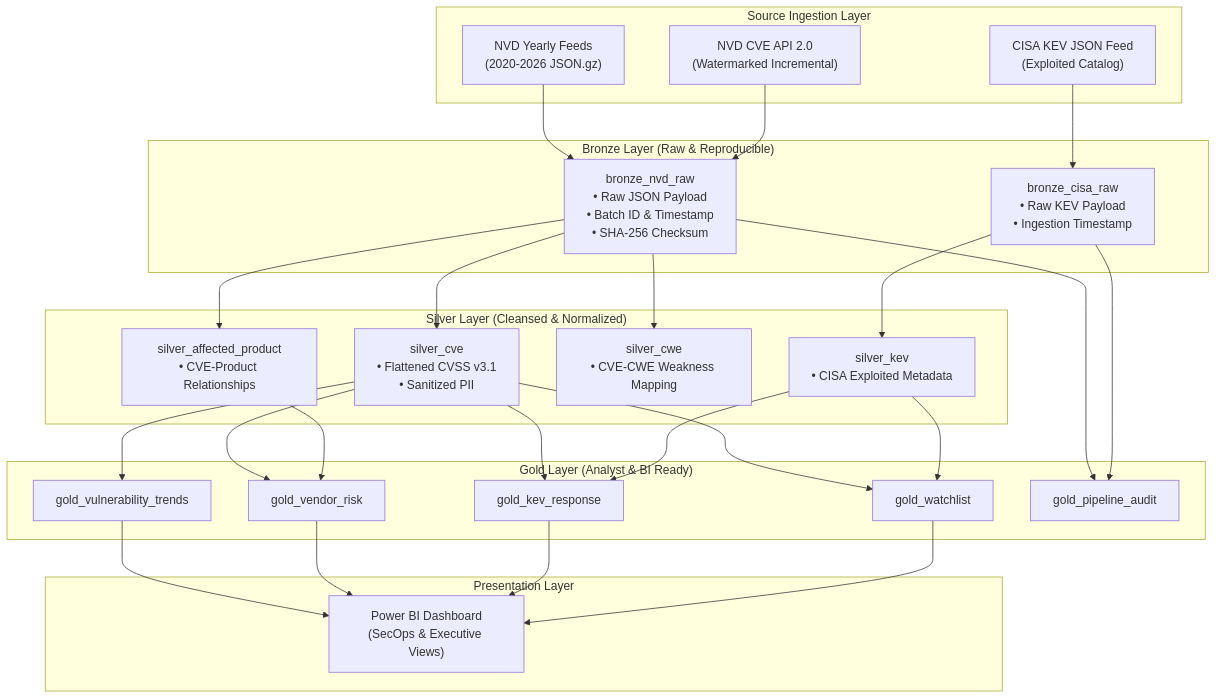
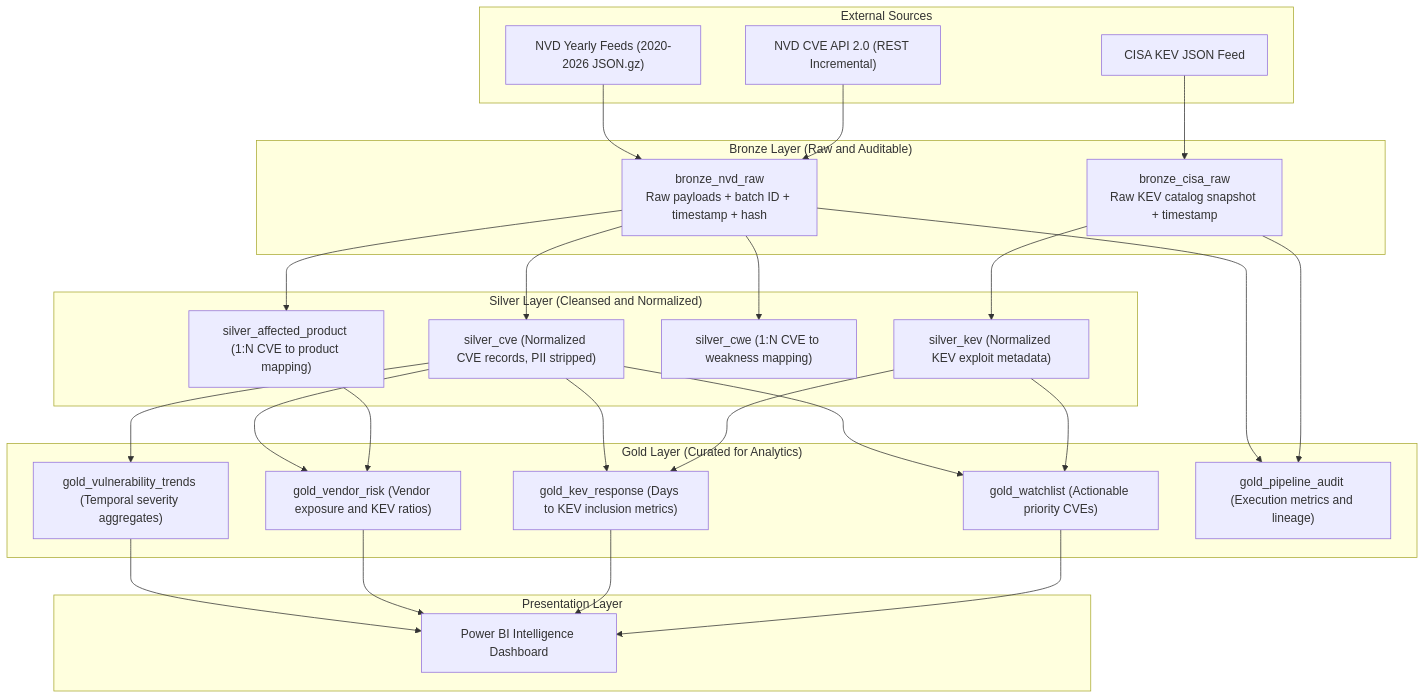
Before and after one commit to kashishfatima999/VulnPulse: the diagram in README.md, drawn with Mermaid. The commit also changed other lines of this file, not shown here.

````diff
--- a/README.md
+++ b/README.md
@@ -49,52 +45,52 @@
 ```mermaid
 flowchart TD
-    subgraph Ingestion ["Source Ingestion Layer"]
-        NVD_Full["NVD Yearly Feeds<br/>(2020-2026 JSON.gz)"]
-        NVD_Inc["NVD CVE API 2.0<br/>(Watermarked Incremental)"]
-        CISA_Feed["CISA KEV JSON Feed<br/>(Exploited Catalog)"]
+    subgraph Sources ["External Sources"]
+        NVD_Full["NVD Yearly Feeds (2020-2026 JSON.gz)"]
+        NVD_Inc["NVD CVE API 2.0 (REST Incremental)"]
+        CISA_Feed["CISA KEV JSON Feed"]
     end
 
-    subgraph Bronze ["Bronze Layer (Raw & Reproducible)"]
-        B_NVD["bronze_nvd_raw<br/>• Raw JSON Payload<br/>• Batch ID & Timestamp<br/>• SHA-256 Checksum"]
-        B_CISA["bronze_cisa_raw<br/>• Raw KEV Payload<br/>• Ingestion Timestamp"]
+    subgraph Bronze ["Bronze Layer (Raw and Auditable)"]
+        B_NVD["bronze_nvd_raw<br/>Raw payloads + batch ID + timestamp + hash"]
+        B_CISA["bronze_cisa_raw<br/>Raw KEV catalog snapshot + timestamp"]
     end
 
-    subgraph Silver ["Silver Layer (Cleansed & Normalized)"]
-        S_CVE["silver_cve<br/>• Flattened CVSS v3.1<br/>• Sanitized PII"]
-        S_Prod["silver_affected_product<br/>• CVE-Product Relationships"]
-        S_CWE["silver_cwe<br/>• CVE-CWE Weakness Mapping"]
-        S_KEV["silver_kev<br/>• CISA Exploited Metadata"]
+    subgraph Silver ["Silver Layer (Cleansed and Normalized)"]
+        S_CVE["silver_cve (Normalized CVE records, PII stripped)"]
+        S_Prod["silver_affected_product (1:N CVE to product mapping)"]
+        S_CWE["silver_cwe (1:N CVE to weakness mapping)"]
+        S_KEV["silver_kev (Normalized KEV exploit metadata)"]
     end
 
-    subgraph Gold ["Gold Layer (Analyst & BI Ready)"]
-        G_Trend["gold_vulnerability_trends"]
-        G_Vendor["gold_vendor_risk"]
-        G_KEV_Resp["gold_kev_response"]
-        G_Watch["gold_watchlist"]
-        G_Audit["gold_pipeline_audit"]
+    subgraph Gold ["Gold Layer (Curated for Analytics)"]
+        G_Trend["gold_vulnerability_trends (Temporal severity aggregates)"]
+        G_Vendor["gold_vendor_risk (Vendor exposure and KEV ratios)"]
+        G_KEV_Resp["gold_kev_response (Days to KEV inclusion metrics)"]
+        G_Watch["gold_watchlist (Actionable priority CVEs)"]
+        G_Audit["gold_pipeline_audit (Execution metrics and lineage)"]
     end
 
-    subgraph Presentation ["Presentation Layer"]
-        PowerBI["Power BI Dashboard<br/>(SecOps & Executive Views)"]
+    subgraph BI ["Presentation Layer"]
+        PowerBI["Power BI Intelligence Dashboard"]
     end
 
     NVD_Full --> B_NVD
     NVD_Inc --> B_NVD
     CISA_Feed --> B_CISA
 
     B_NVD --> S_CVE
     B_NVD --> S_Prod
     B_NVD --> S_CWE
     B_CISA --> S_KEV
 
     S_CVE --> G_Trend
     S_CVE & S_Prod --> G_Vendor
     S_CVE & S_KEV --> G_KEV_Resp
     S_CVE & S_KEV --> G_Watch
     B_NVD & B_CISA --> G_Audit
 
     G_Trend --> PowerBI
     G_Vendor --> PowerBI
     G_KEV_Resp --> PowerBI
     G_Watch --> PowerBI
 ```
````
